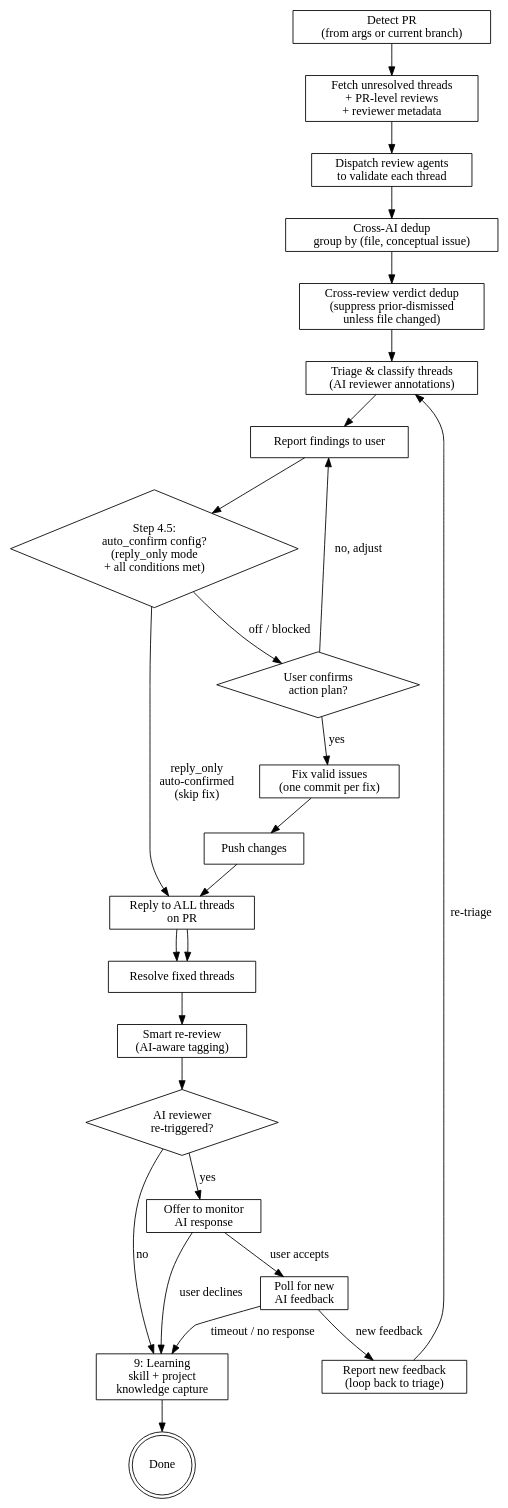
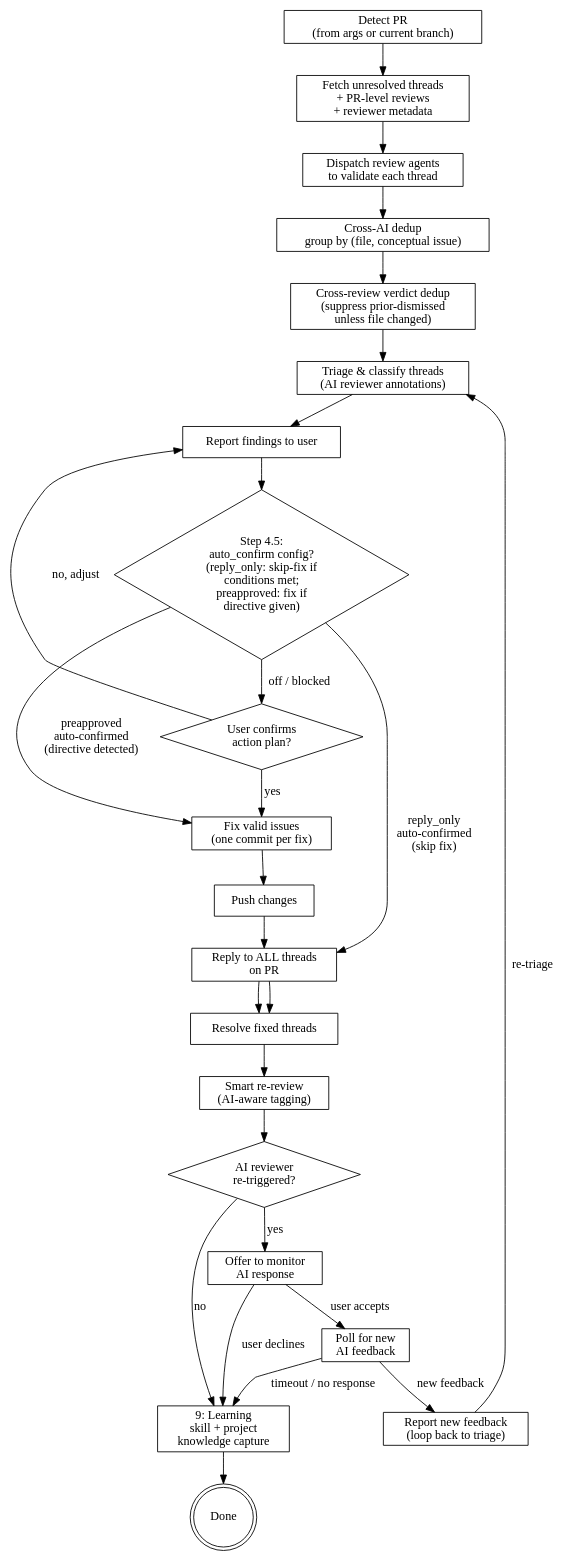
The diagram in kc-pr-flow/skills/kc-pr-review-resolve/SKILL.md (iamcxa/kc-claude-plugins), drawn with Graphviz before and after one commit. The commit also changed 3 other files, not shown here.

First line of the commit message:
fix(kc-pr-flow): address codex review findings on pr712 branch

````diff
--- a/kc-pr-flow/skills/kc-pr-review-resolve/SKILL.md
+++ b/kc-pr-flow/skills/kc-pr-review-resolve/SKILL.md
@@ -26,57 +26,58 @@
 ```dot
 digraph resolve_pr {
   rankdir=TB;
   node [shape=box];
 
   detect [label="Detect PR\n(from args or current branch)"];
   fetch [label="Fetch unresolved threads\n+ PR-level reviews\n+ reviewer metadata"];
   validate [label="Dispatch review agents\nto validate each thread"];
   dedup [label="Cross-AI dedup\ngroup by (file, conceptual issue)"];
   verdict_dedup [label="Cross-review verdict dedup\n(suppress prior-dismissed\nunless file changed)"];
   triage [label="Triage & classify threads\n(AI reviewer annotations)"];
   report [label="Report findings to user"];
 
   node [shape=diamond];
-  auto_confirm_check [label="Step 4.5:\nauto_confirm config?\n(reply_only mode\n+ all conditions met)"];
+  auto_confirm_check [label="Step 4.5:\nauto_confirm config?\n(reply_only: skip-fix if\nconditions met;\npreapproved: fix if\ndirective given)"];
   confirm [label="User confirms\naction plan?"];
 
   node [shape=box];
   fix [label="Fix valid issues\n(one commit per fix)"];
   push [label="Push changes"];
   reply [label="Reply to ALL threads\non PR"];
   resolve_threads [label="Resolve fixed threads"];
   rereview [label="Smart re-review\n(AI-aware tagging)"];
 
   detect -> fetch -> validate -> dedup -> verdict_dedup -> triage -> report -> auto_confirm_check;
   auto_confirm_check -> confirm [label="off / blocked"];
   auto_confirm_check -> reply [label="reply_only\nauto-confirmed\n(skip fix)"];
+  auto_confirm_check -> fix [label="preapproved\nauto-confirmed\n(directive detected)"];
   confirm -> fix [label="yes"];
   confirm -> report [label="no, adjust"];
   fix -> push -> reply -> resolve_threads -> rereview;
   reply -> resolve_threads;
 
   node [shape=diamond];
   has_ai [label="AI reviewer\nre-triggered?"];
 
   node [shape=box];
   offer_monitor [label="Offer to monitor\nAI response"];
   monitor [label="Poll for new\nAI feedback"];
   report_new [label="Report new feedback\n(loop back to triage)"];
 
   learning [label="9: Learning\nskill + project\nknowledge capture"];
 
   node [shape=doublecircle];
   end_node [label="Done"];
 
   rereview -> has_ai;
   has_ai -> offer_monitor [label="yes"];
   has_ai -> learning [label="no"];
 
   offer_monitor -> monitor [label="user accepts"];
   offer_monitor -> learning [label="user declines"];
   monitor -> report_new [label="new feedback"];
   monitor -> learning [label="timeout / no response"];
   report_new -> triage [label="re-triage"];
   learning -> end_node;
 }
 ```
````
